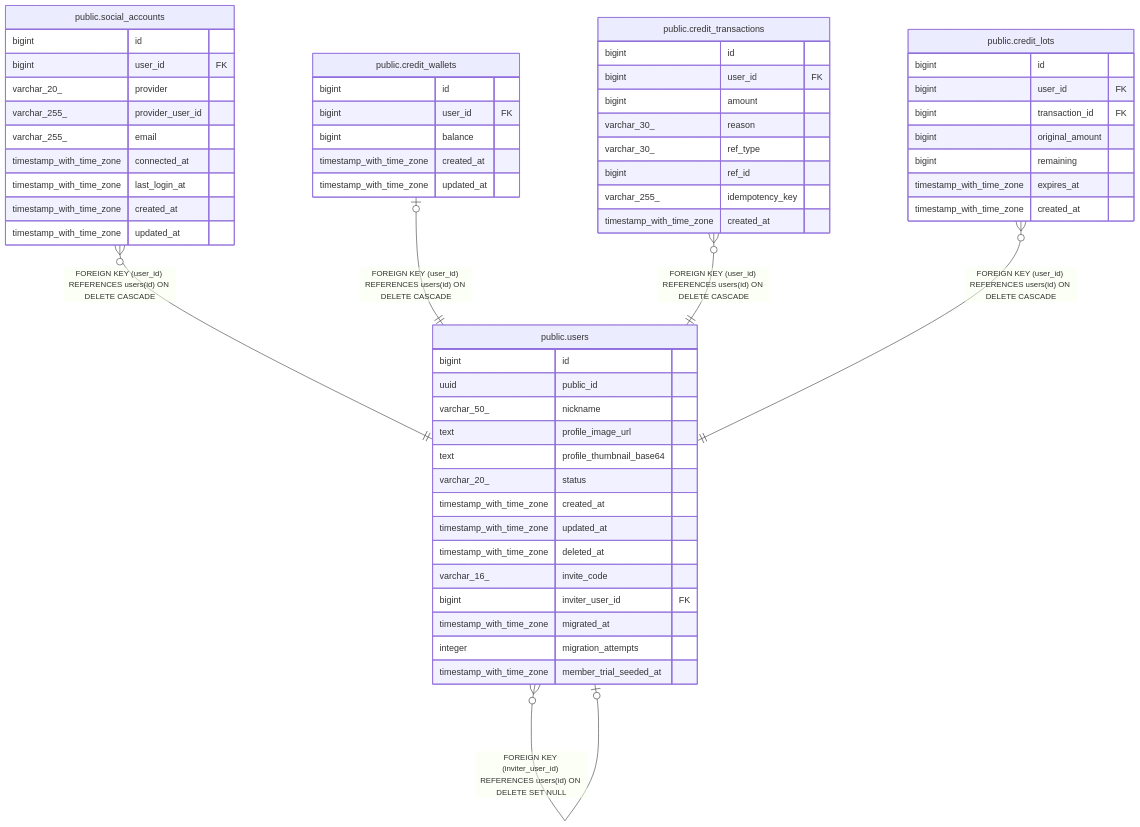
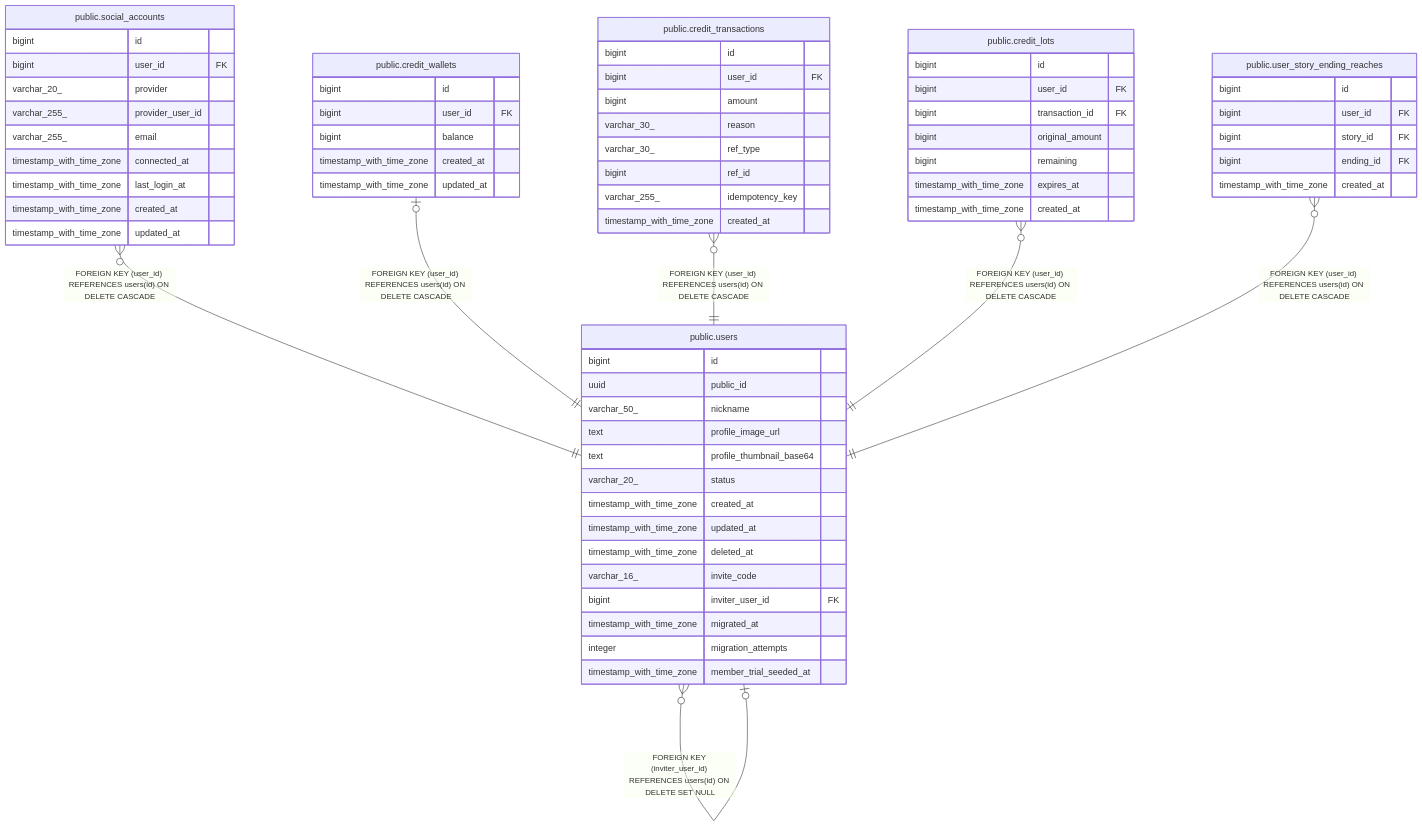
Before and after one commit to KIM-N-KANG/manyak-server: the diagram in dbdoc/public.users.md, drawn with Mermaid. The commit also changed other lines of this file and 46 other files, not shown here.

````diff
--- a/dbdoc/public.users.md
+++ b/dbdoc/public.users.md
@@ -42,63 +42,71 @@
 ```mermaid
 erDiagram
 
 "public.users" }o--o| "public.users" : "FOREIGN KEY (inviter_user_id) REFERENCES users(id) ON DELETE SET NULL"
 "public.social_accounts" }o--|| "public.users" : "FOREIGN KEY (user_id) REFERENCES users(id) ON DELETE CASCADE"
 "public.credit_wallets" |o--|| "public.users" : "FOREIGN KEY (user_id) REFERENCES users(id) ON DELETE CASCADE"
 "public.credit_transactions" }o--|| "public.users" : "FOREIGN KEY (user_id) REFERENCES users(id) ON DELETE CASCADE"
 "public.credit_lots" }o--|| "public.users" : "FOREIGN KEY (user_id) REFERENCES users(id) ON DELETE CASCADE"
+"public.user_story_ending_reaches" }o--|| "public.users" : "FOREIGN KEY (user_id) REFERENCES users(id) ON DELETE CASCADE"
 
 "public.users" {
   bigint id
   uuid public_id
   varchar_50_ nickname
   text profile_image_url
   text profile_thumbnail_base64
   varchar_20_ status
   timestamp_with_time_zone created_at
   timestamp_with_time_zone updated_at
   timestamp_with_time_zone deleted_at
   varchar_16_ invite_code
   bigint inviter_user_id FK
   timestamp_with_time_zone migrated_at
   integer migration_attempts
   timestamp_with_time_zone member_trial_seeded_at
 }
 "public.social_accounts" {
   bigint id
   bigint user_id FK
   varchar_20_ provider
   varchar_255_ provider_user_id
   varchar_255_ email
   timestamp_with_time_zone connected_at
   timestamp_with_time_zone last_login_at
   timestamp_with_time_zone created_at
   timestamp_with_time_zone updated_at
 }
 "public.credit_wallets" {
   bigint id
   bigint user_id FK
   bigint balance
   timestamp_with_time_zone created_at
   timestamp_with_time_zone updated_at
 }
 "public.credit_transactions" {
   bigint id
   bigint user_id FK
   bigint amount
   varchar_30_ reason
   varchar_30_ ref_type
   bigint ref_id
   varchar_255_ idempotency_key
   timestamp_with_time_zone created_at
 }
 "public.credit_lots" {
   bigint id
   bigint user_id FK
   bigint transaction_id FK
   bigint original_amount
   bigint remaining
   timestamp_with_time_zone expires_at
   timestamp_with_time_zone created_at
 }
+"public.user_story_ending_reaches" {
+  bigint id
+  bigint user_id FK
+  bigint story_id FK
+  bigint ending_id FK
+  timestamp_with_time_zone created_at
+}
 ```
````
